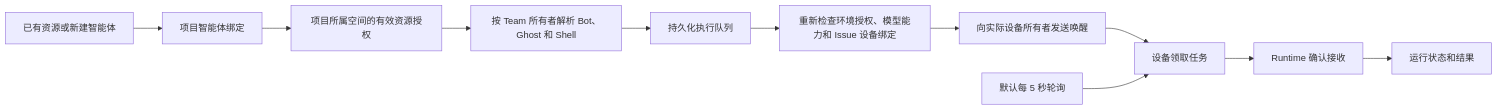
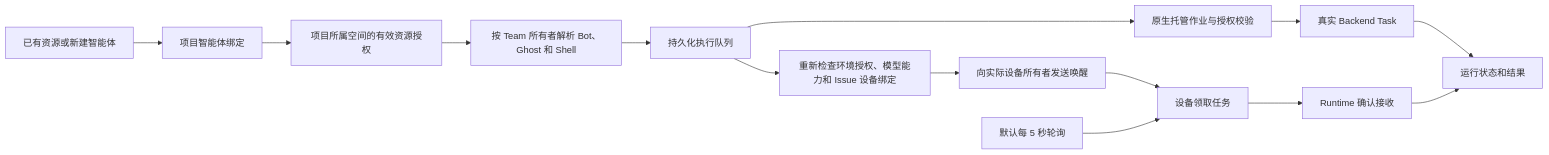
The diagram in docs/zh/wegent/developer-guide/wework-collaboration-execution.md (wecode-ai/Wegent), drawn with Mermaid before and after one commit. The commit also changed other lines of this file and 16 other files, not shown here.

````diff
--- a/docs/zh/wegent/developer-guide/wework-collaboration-execution.md
+++ b/docs/zh/wegent/developer-guide/wework-collaboration-execution.md
@@ -10,13 +10,16 @@
 ```mermaid
 flowchart LR
   Selection[已有资源或新建智能体] --> Binding[项目智能体绑定]
   Binding --> Access[项目所属空间的有效资源授权]
   Access --> Compile[按 Team 所有者解析 Bot、Ghost 和 Shell]
   Compile --> Queue[持久化执行队列]
+  Queue --> Managed[原生托管作业与授权校验]
+  Managed --> Task[真实 Backend Task]
+  Task --> Status
   Queue --> Routing[重新检查环境授权、模型能力和 Issue 设备绑定]
   Routing --> Wake[向实际设备所有者发送唤醒]
   Wake --> Pull[设备领取任务]
   Poll[默认每 5 秒轮询] --> Pull
   Pull --> Accept[Runtime 确认接收]
   Accept --> Status[运行状态和结果]
 ```
````
